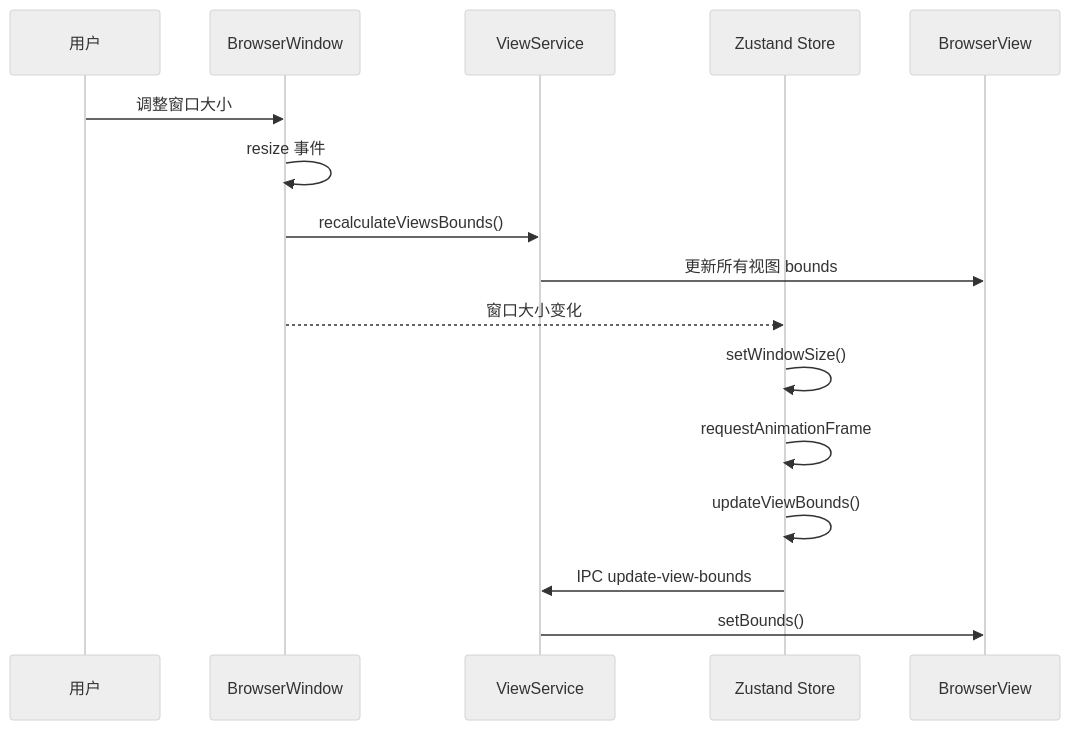
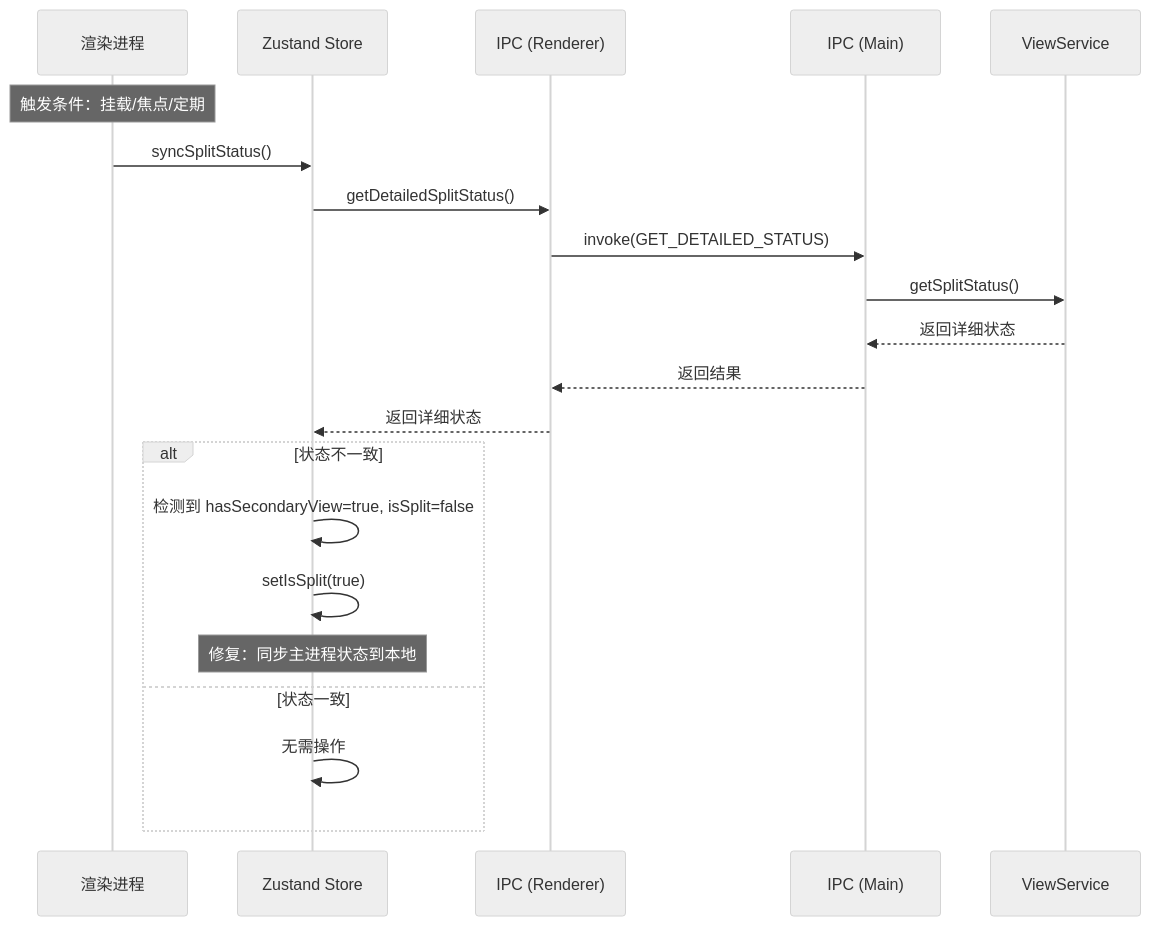
Before and after one commit to HMETAO/web-embedding: the fourth of 5 diagrams in docs/分屏流程文档.md, drawn with Mermaid (neutral theme). The commit also changed other lines of this file and 2 other files, not shown here.

````diff
--- a/docs/分屏流程文档.md
+++ b/docs/分屏流程文档.md
@@ -510,19 +871,25 @@
 ```mermaid
 sequenceDiagram
-    participant User as 用户
-    participant Window as BrowserWindow
+    participant Renderer as 渲染进程
+    participant Store as Zustand Store
+    participant IPCRenderer as IPC (Renderer)
+    participant IPCMain as IPC (Main)
     participant ViewSvc as ViewService
-    participant Store as Zustand Store
-    participant View as BrowserView
 
-    User->>Window: 调整窗口大小
-    Window->>Window: resize 事件
-    Window->>ViewSvc: recalculateViewsBounds()
-    ViewSvc->>View: 更新所有视图 bounds
-    Window-->>Store: 窗口大小变化
-    Store->>Store: setWindowSize()
-    Store->>Store: requestAnimationFrame
-    Store->>Store: updateViewBounds()
-    Store->>ViewSvc: IPC update-view-bounds
-    ViewSvc->>View: setBounds()
+    Note over Renderer: 触发条件：挂载/焦点/定期
+    Renderer->>Store: syncSplitStatus()
+    Store->>IPCRenderer: getDetailedSplitStatus()
+    IPCRenderer->>IPCMain: invoke(GET_DETAILED_STATUS)
+    IPCMain->>ViewSvc: getSplitStatus()
+    ViewSvc-->>IPCMain: 返回详细状态
+    IPCMain-->>IPCRenderer: 返回结果
+    IPCRenderer-->>Store: 返回详细状态
+
+    alt 状态不一致
+        Store->>Store: 检测到 hasSecondaryView=true, isSplit=false
+        Store->>Store: setIsSplit(true)
+        Note over Store: 修复：同步主进程状态到本地
+    else 状态一致
+        Store->>Store: 无需操作
+    end
 ```
````
